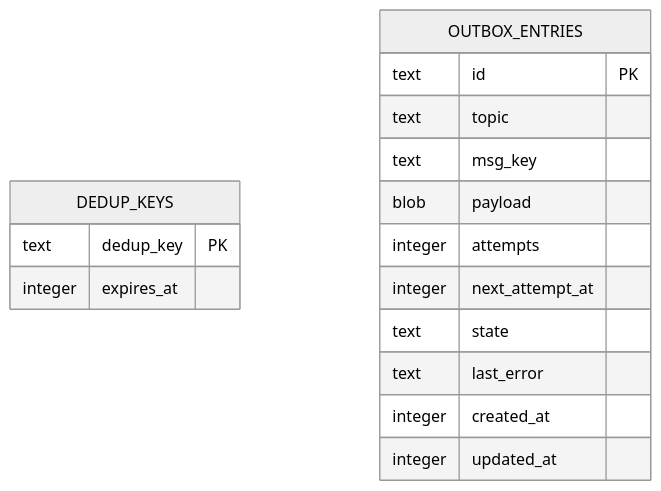
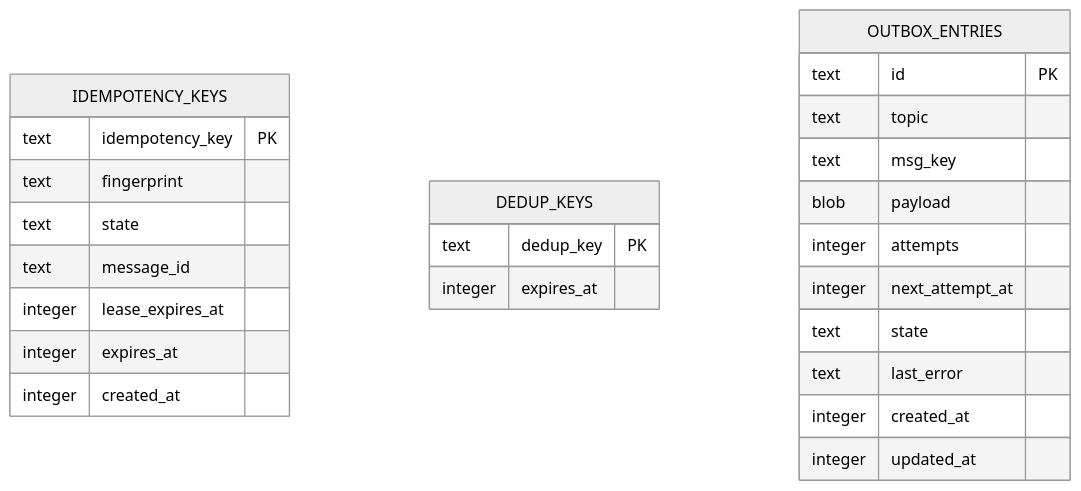
One commit to NayanthaNethsara/zephyr changed the eighth of 8 diagrams in docs/architecture.md. Above: the diagram before and after it, drawn with Mermaid (neutral theme). The commit also changed other lines of this file and 9 other files, not shown here.

````diff
--- a/docs/architecture.md
+++ b/docs/architecture.md
@@ -204,19 +281,28 @@
 ```mermaid
 erDiagram
+    IDEMPOTENCY_KEYS {
+        text idempotency_key PK
+        text fingerprint
+        text state
+        text message_id
+        integer lease_expires_at
+        integer expires_at
+        integer created_at
+    }
     DEDUP_KEYS {
         text dedup_key PK
         integer expires_at
     }
     OUTBOX_ENTRIES {
         text id PK
         text topic
         text msg_key
         blob payload
         integer attempts
         integer next_attempt_at
         text state
         text last_error
         integer created_at
         integer updated_at
     }
 ```
````
